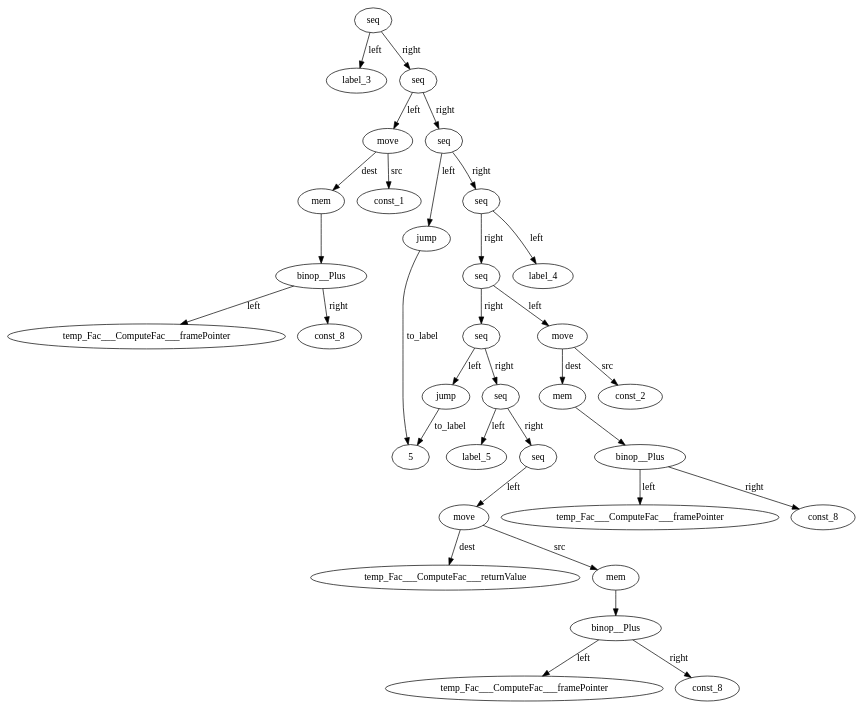
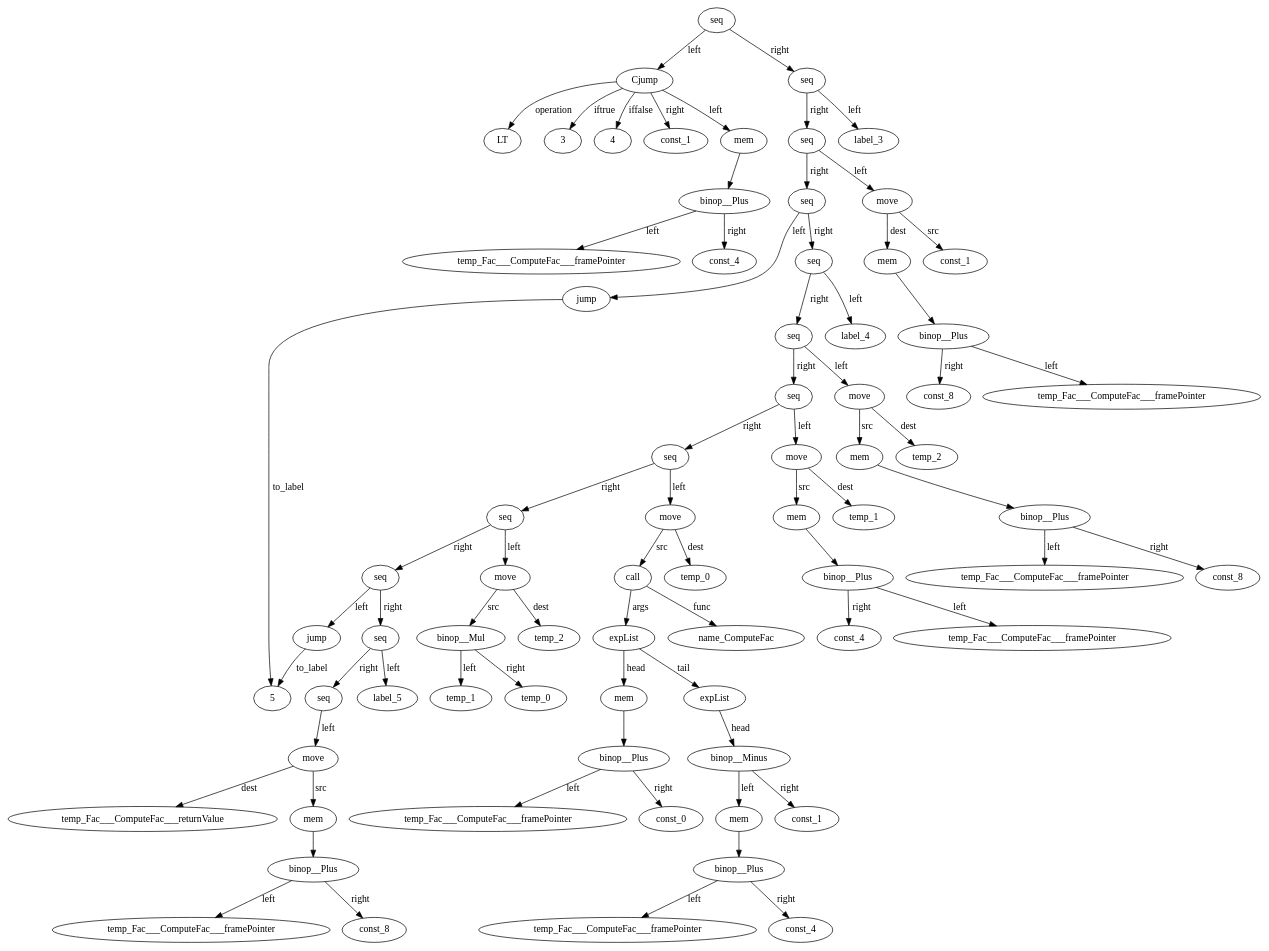
Before and after one commit to AnnaSavinova/GirlsHeapCompiler: the diagram in Compiler/Compiler/graph/IRTree_Fac___ComputeFac.dot, drawn with Graphviz. The commit also changed 4 other files, not shown here.

```diff
--- a/Compiler/Compiler/graph/IRTree_Fac___ComputeFac.dot
+++ b/Compiler/Compiler/graph/IRTree_Fac___ComputeFac.dot
@@ -1,66 +1,143 @@
 digraph {
-label_3__id_0 [ label="label_3" ]; 
+const_1__id_0 [ label="const_1" ]; 
 temp_Fac___ComputeFac___framePointer__id_1 [ label="temp_Fac___ComputeFac___framePointer" ]; 
-const_8__id_2 [ label="const_8" ]; 
+const_4__id_2 [ label="const_4" ]; 
 binop__Plus__id_3 [ label="binop__Plus" ]; 
-binop__Plus__id_3 -> const_8__id_2 [ label="right"] ; 
+binop__Plus__id_3 -> const_4__id_2 [ label="right"] ; 
 binop__Plus__id_3 -> temp_Fac___ComputeFac___framePointer__id_1 [ label="left"] ; 
 mem__id_4 [ label="mem" ]; 
 mem__id_4 -> binop__Plus__id_3 ; 
-const_1__id_5 [ label="const_1" ]; 
-move__id_6 [ label="move" ]; 
-move__id_6 -> mem__id_4 [ label="dest"] ; 
-move__id_6 -> const_1__id_5 [ label="src"] ; 
-jump__id_7 [ label="jump" ]; 
-jump__id_7 -> 5 [ label="to_label"] ; 
-label_4__id_8 [ label="label_4" ]; 
-temp_Fac___ComputeFac___framePointer__id_9 [ label="temp_Fac___ComputeFac___framePointer" ]; 
-const_8__id_10 [ label="const_8" ]; 
-binop__Plus__id_11 [ label="binop__Plus" ]; 
-binop__Plus__id_11 -> const_8__id_10 [ label="right"] ; 
-binop__Plus__id_11 -> temp_Fac___ComputeFac___framePointer__id_9 [ label="left"] ; 
-mem__id_12 [ label="mem" ]; 
-mem__id_12 -> binop__Plus__id_11 ; 
-const_2__id_13 [ label="const_2" ]; 
-move__id_14 [ label="move" ]; 
-move__id_14 -> mem__id_12 [ label="dest"] ; 
-move__id_14 -> const_2__id_13 [ label="src"] ; 
-jump__id_15 [ label="jump" ]; 
-jump__id_15 -> 5 [ label="to_label"] ; 
-label_5__id_16 [ label="label_5" ]; 
-temp_Fac___ComputeFac___returnValue__id_17 [ label="temp_Fac___ComputeFac___returnValue" ]; 
-temp_Fac___ComputeFac___framePointer__id_18 [ label="temp_Fac___ComputeFac___framePointer" ]; 
-const_8__id_19 [ label="const_8" ]; 
-binop__Plus__id_20 [ label="binop__Plus" ]; 
-binop__Plus__id_20 -> const_8__id_19 [ label="right"] ; 
-binop__Plus__id_20 -> temp_Fac___ComputeFac___framePointer__id_18 [ label="left"] ; 
-mem__id_21 [ label="mem" ]; 
-mem__id_21 -> binop__Plus__id_20 ; 
-move__id_22 [ label="move" ]; 
-move__id_22 -> temp_Fac___ComputeFac___returnValue__id_17 [ label="dest"] ; 
-move__id_22 -> mem__id_21 [ label="src"] ; 
-seq__id_23 [ label="seq" ]; 
-seq__id_23 -> move__id_22 [ label="left"] ; 
-seq__id_24 [ label="seq" ]; 
-seq__id_24 -> label_5__id_16 [ label="left"] ; 
-seq__id_24 -> seq__id_23 [ label="right"] ; 
-seq__id_25 [ label="seq" ]; 
-seq__id_25 -> jump__id_15 [ label="left"] ; 
-seq__id_25 -> seq__id_24 [ label="right"] ; 
-seq__id_26 [ label="seq" ]; 
-seq__id_26 -> move__id_14 [ label="left"] ; 
-seq__id_26 -> seq__id_25 [ label="right"] ; 
-seq__id_27 [ label="seq" ]; 
-seq__id_27 -> label_4__id_8 [ label="left"] ; 
-seq__id_27 -> seq__id_26 [ label="right"] ; 
-seq__id_28 [ label="seq" ]; 
-seq__id_28 -> jump__id_7 [ label="left"] ; 
-seq__id_28 -> seq__id_27 [ label="right"] ; 
-seq__id_29 [ label="seq" ]; 
-seq__id_29 -> move__id_6 [ label="left"] ; 
-seq__id_29 -> seq__id_28 [ label="right"] ; 
-seq__id_30 [ label="seq" ]; 
-seq__id_30 -> label_3__id_0 [ label="left"] ; 
-seq__id_30 -> seq__id_29 [ label="right"] ; 
+Cjump__id_5 [ label="Cjump" ]; 
+Cjump__id_5 -> const_1__id_0 [ label="right"] ; 
+Cjump__id_5 -> mem__id_4 [ label="left"] ; 
+Cjump__id_5 -> LT [ label="operation"] ; 
+Cjump__id_5 -> 3 [ label="iftrue"] ; 
+Cjump__id_5 -> 4 [ label="iffalse"] ; 
+label_3__id_6 [ label="label_3" ]; 
+temp_Fac___ComputeFac___framePointer__id_7 [ label="temp_Fac___ComputeFac___framePointer" ]; 
+const_8__id_8 [ label="const_8" ]; 
+binop__Plus__id_9 [ label="binop__Plus" ]; 
+binop__Plus__id_9 -> const_8__id_8 [ label="right"] ; 
+binop__Plus__id_9 -> temp_Fac___ComputeFac___framePointer__id_7 [ label="left"] ; 
+mem__id_10 [ label="mem" ]; 
+mem__id_10 -> binop__Plus__id_9 ; 
+const_1__id_11 [ label="const_1" ]; 
+move__id_12 [ label="move" ]; 
+move__id_12 -> mem__id_10 [ label="dest"] ; 
+move__id_12 -> const_1__id_11 [ label="src"] ; 
+jump__id_13 [ label="jump" ]; 
+jump__id_13 -> 5 [ label="to_label"] ; 
+label_4__id_14 [ label="label_4" ]; 
+temp_2__id_15 [ label="temp_2" ]; 
+temp_Fac___ComputeFac___framePointer__id_16 [ label="temp_Fac___ComputeFac___framePointer" ]; 
+const_8__id_17 [ label="const_8" ]; 
+binop__Plus__id_18 [ label="binop__Plus" ]; 
+binop__Plus__id_18 -> const_8__id_17 [ label="right"] ; 
+binop__Plus__id_18 -> temp_Fac___ComputeFac___framePointer__id_16 [ label="left"] ; 
+mem__id_19 [ label="mem" ]; 
+mem__id_19 -> binop__Plus__id_18 ; 
+move__id_20 [ label="move" ]; 
+move__id_20 -> temp_2__id_15 [ label="dest"] ; 
+move__id_20 -> mem__id_19 [ label="src"] ; 
+temp_1__id_21 [ label="temp_1" ]; 
+temp_Fac___ComputeFac___framePointer__id_22 [ label="temp_Fac___ComputeFac___framePointer" ]; 
+const_4__id_23 [ label="const_4" ]; 
+binop__Plus__id_24 [ label="binop__Plus" ]; 
+binop__Plus__id_24 -> const_4__id_23 [ label="right"] ; 
+binop__Plus__id_24 -> temp_Fac___ComputeFac___framePointer__id_22 [ label="left"] ; 
+mem__id_25 [ label="mem" ]; 
+mem__id_25 -> binop__Plus__id_24 ; 
+move__id_26 [ label="move" ]; 
+move__id_26 -> temp_1__id_21 [ label="dest"] ; 
+move__id_26 -> mem__id_25 [ label="src"] ; 
+temp_0__id_27 [ label="temp_0" ]; 
+name_ComputeFac__id_28 [ label="name_ComputeFac" ]; 
+temp_Fac___ComputeFac___framePointer__id_29 [ label="temp_Fac___ComputeFac___framePointer" ]; 
+const_0__id_30 [ label="const_0" ]; 
+binop__Plus__id_31 [ label="binop__Plus" ]; 
+binop__Plus__id_31 -> const_0__id_30 [ label="right"] ; 
+binop__Plus__id_31 -> temp_Fac___ComputeFac___framePointer__id_29 [ label="left"] ; 
+mem__id_32 [ label="mem" ]; 
+mem__id_32 -> binop__Plus__id_31 ; 
+temp_Fac___ComputeFac___framePointer__id_33 [ label="temp_Fac___ComputeFac___framePointer" ]; 
+const_4__id_34 [ label="const_4" ]; 
+binop__Plus__id_35 [ label="binop__Plus" ]; 
+binop__Plus__id_35 -> const_4__id_34 [ label="right"] ; 
+binop__Plus__id_35 -> temp_Fac___ComputeFac___framePointer__id_33 [ label="left"] ; 
+mem__id_36 [ label="mem" ]; 
+mem__id_36 -> binop__Plus__id_35 ; 
+const_1__id_37 [ label="const_1" ]; 
+binop__Minus__id_38 [ label="binop__Minus" ]; 
+binop__Minus__id_38 -> const_1__id_37 [ label="right"] ; 
+binop__Minus__id_38 -> mem__id_36 [ label="left"] ; 
+expList__id_39 [ label="expList" ]; 
+expList__id_39 -> binop__Minus__id_38 [ label="head"] ; 
+expList__id_40 [ label="expList" ]; 
+expList__id_40 -> mem__id_32 [ label="head"] ; 
+expList__id_40 -> expList__id_39 [ label="tail"] ; 
+call__id_41 [ label="call" ]; 
+call__id_41 -> name_ComputeFac__id_28 [ label="func"] ; 
+call__id_41 -> expList__id_40 [ label="args"] ; 
+move__id_42 [ label="move" ]; 
+move__id_42 -> temp_0__id_27 [ label="dest"] ; 
+move__id_42 -> call__id_41 [ label="src"] ; 
+temp_2__id_43 [ label="temp_2" ]; 
+temp_1__id_44 [ label="temp_1" ]; 
+temp_0__id_45 [ label="temp_0" ]; 
+binop__Mul__id_46 [ label="binop__Mul" ]; 
+binop__Mul__id_46 -> temp_0__id_45 [ label="right"] ; 
+binop__Mul__id_46 -> temp_1__id_44 [ label="left"] ; 
+move__id_47 [ label="move" ]; 
+move__id_47 -> temp_2__id_43 [ label="dest"] ; 
+move__id_47 -> binop__Mul__id_46 [ label="src"] ; 
+jump__id_48 [ label="jump" ]; 
+jump__id_48 -> 5 [ label="to_label"] ; 
+label_5__id_49 [ label="label_5" ]; 
+temp_Fac___ComputeFac___returnValue__id_50 [ label="temp_Fac___ComputeFac___returnValue" ]; 
+temp_Fac___ComputeFac___framePointer__id_51 [ label="temp_Fac___ComputeFac___framePointer" ]; 
+const_8__id_52 [ label="const_8" ]; 
+binop__Plus__id_53 [ label="binop__Plus" ]; 
+binop__Plus__id_53 -> const_8__id_52 [ label="right"] ; 
+binop__Plus__id_53 -> temp_Fac___ComputeFac___framePointer__id_51 [ label="left"] ; 
+mem__id_54 [ label="mem" ]; 
+mem__id_54 -> binop__Plus__id_53 ; 
+move__id_55 [ label="move" ]; 
+move__id_55 -> temp_Fac___ComputeFac___returnValue__id_50 [ label="dest"] ; 
+move__id_55 -> mem__id_54 [ label="src"] ; 
+seq__id_56 [ label="seq" ]; 
+seq__id_56 -> move__id_55 [ label="left"] ; 
+seq__id_57 [ label="seq" ]; 
+seq__id_57 -> label_5__id_49 [ label="left"] ; 
+seq__id_57 -> seq__id_56 [ label="right"] ; 
+seq__id_58 [ label="seq" ]; 
+seq__id_58 -> jump__id_48 [ label="left"] ; 
+seq__id_58 -> seq__id_57 [ label="right"] ; 
+seq__id_59 [ label="seq" ]; 
+seq__id_59 -> move__id_47 [ label="left"] ; 
+seq__id_59 -> seq__id_58 [ label="right"] ; 
+seq__id_60 [ label="seq" ]; 
+seq__id_60 -> move__id_42 [ label="left"] ; 
+seq__id_60 -> seq__id_59 [ label="right"] ; 
+seq__id_61 [ label="seq" ]; 
+seq__id_61 -> move__id_26 [ label="left"] ; 
+seq__id_61 -> seq__id_60 [ label="right"] ; 
+seq__id_62 [ label="seq" ]; 
+seq__id_62 -> move__id_20 [ label="left"] ; 
+seq__id_62 -> seq__id_61 [ label="right"] ; 
+seq__id_63 [ label="seq" ]; 
+seq__id_63 -> label_4__id_14 [ label="left"] ; 
+seq__id_63 -> seq__id_62 [ label="right"] ; 
+seq__id_64 [ label="seq" ]; 
+seq__id_64 -> jump__id_13 [ label="left"] ; 
+seq__id_64 -> seq__id_63 [ label="right"] ; 
+seq__id_65 [ label="seq" ]; 
+seq__id_65 -> move__id_12 [ label="left"] ; 
+seq__id_65 -> seq__id_64 [ label="right"] ; 
+seq__id_66 [ label="seq" ]; 
+seq__id_66 -> label_3__id_6 [ label="left"] ; 
+seq__id_66 -> seq__id_65 [ label="right"] ; 
+seq__id_67 [ label="seq" ]; 
+seq__id_67 -> Cjump__id_5 [ label="left"] ; 
+seq__id_67 -> seq__id_66 [ label="right"] ; 
 
 }
```
